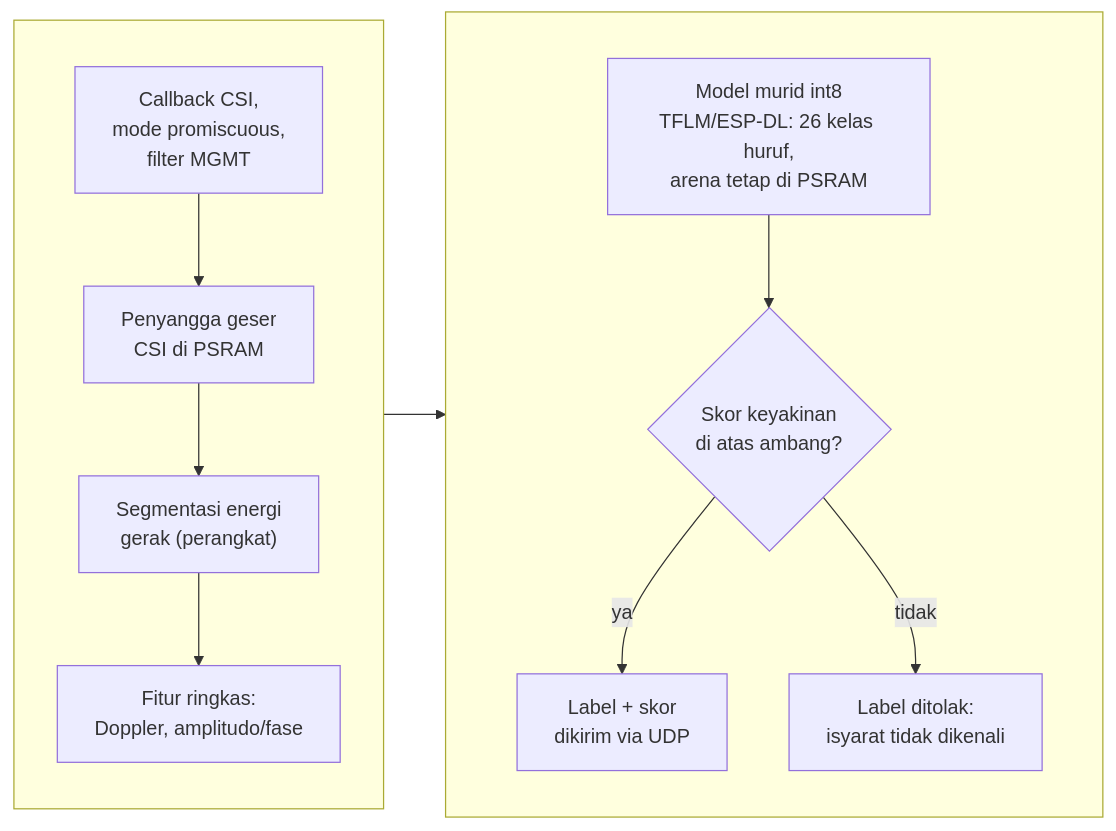
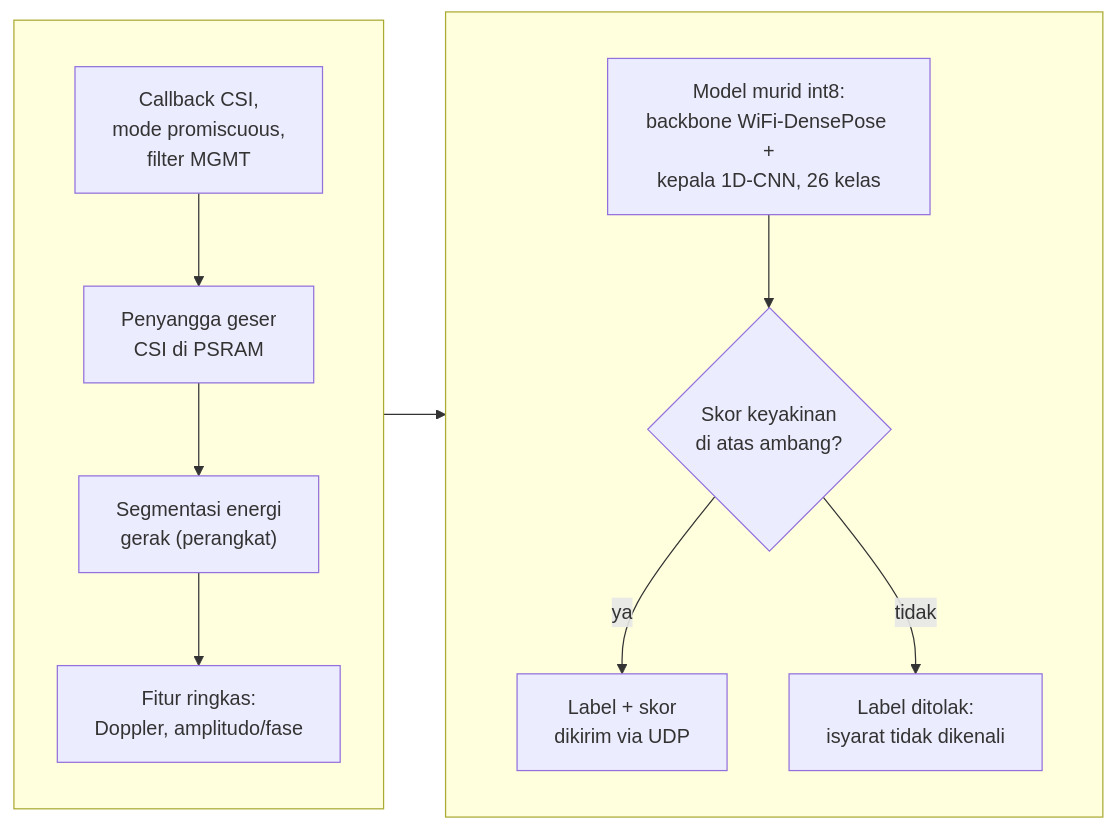
The seventh of 8 diagrams in download/translator-sibi-final/draft-final.md (ILoveTahuTek/skripsi), drawn with Mermaid before and after one commit. The commit also changed other lines of this file and 56 other files, not shown here.

````diff
--- a/download/translator-sibi-final/draft-final.md
+++ b/download/translator-sibi-final/draft-final.md
@@ -623,24 +648,24 @@
 ```mermaid
 flowchart LR
     subgraph R1[" "]
         direction TB
         CSI["Callback CSI,<br/>mode promiscuous,<br/>filter MGMT"]
         BUF["Penyangga geser<br/>CSI di PSRAM"]
         SEG["Segmentasi energi<br/>gerak (perangkat)"]
         FT["Fitur ringkas:<br/>Doppler, amplitudo/fase"]
         CSI --> BUF
         BUF --> SEG
         SEG --> FT
     end
     subgraph R2[" "]
         direction TB
-        MOD["Model murid int8<br/>TFLM/ESP-DL: 26 kelas huruf,<br/>arena tetap di PSRAM"]
+        MOD["Model murid int8:<br/>backbone WiFi-DensePose +<br/>kepala 1D-CNN, 26 kelas"]
         DEC{"Skor keyakinan<br/>di atas ambang?"}
         OUT["Label + skor<br/>dikirim via UDP"]
         RJ["Label ditolak:<br/>isyarat tidak dikenali"]
         MOD --> DEC
         DEC -- "ya" --> OUT
         DEC -- "tidak" --> RJ
     end
     R1 --> R2
 ```
````
